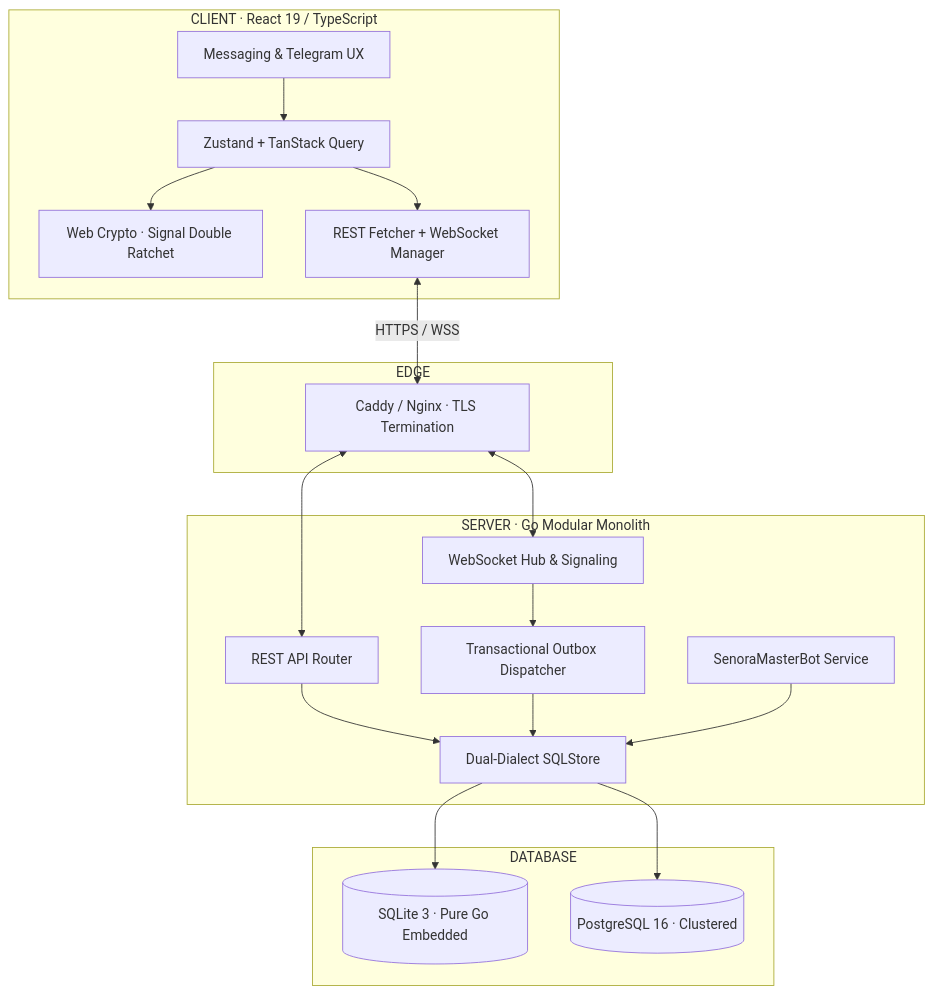
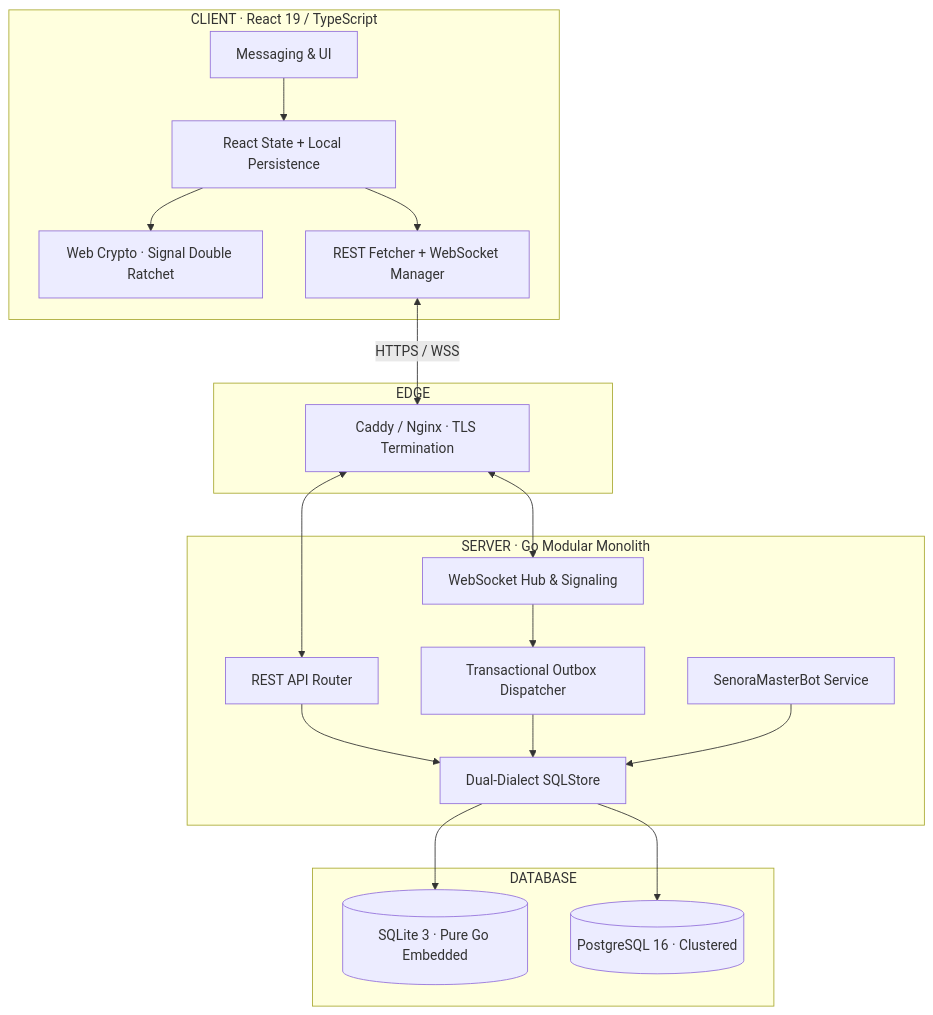
The diagram in README.md (iaMaSTeR-Dev/Senora), drawn with Mermaid before and after one commit. The commit also changed other lines of this file and 185 other files, not shown here.

````diff
--- a/README.md
+++ b/README.md
@@ -79,35 +79,35 @@
 ```mermaid
 flowchart TB
     subgraph CLIENT["CLIENT · React 19 / TypeScript"]
-      UI[Messaging & Telegram UX]
-      STATE[Zustand + TanStack Query]
+      UI[Messaging & UI]
+      STATE[React State + Local Persistence]
       CRYPTO[Web Crypto · Signal Double Ratchet]
       TRANSPORT[REST Fetcher + WebSocket Manager]
       UI --> STATE
       STATE --> CRYPTO
       STATE --> TRANSPORT
     end
     subgraph EDGE["EDGE"]
       PROXY[Caddy / Nginx · TLS Termination]
     end
     subgraph SERVER["SERVER · Go Modular Monolith"]
       API[REST API Router]
       WS[WebSocket Hub & Signaling]
       OUTBOX[Transactional Outbox Dispatcher]
       BOT[SenoraMasterBot Service]
       STORE[Dual-Dialect SQLStore]
       API --> STORE
       WS --> OUTBOX
       OUTBOX --> STORE
       BOT --> STORE
     end
     subgraph DB["DATABASE"]
       SQLITE[(SQLite 3 · Pure Go Embedded)]
       PG[(PostgreSQL 16 · Clustered)]
     end
     TRANSPORT <-->|HTTPS / WSS| PROXY
     PROXY <--> API
     PROXY <--> WS
     STORE --> SQLITE
     STORE --> PG
 ```
````
